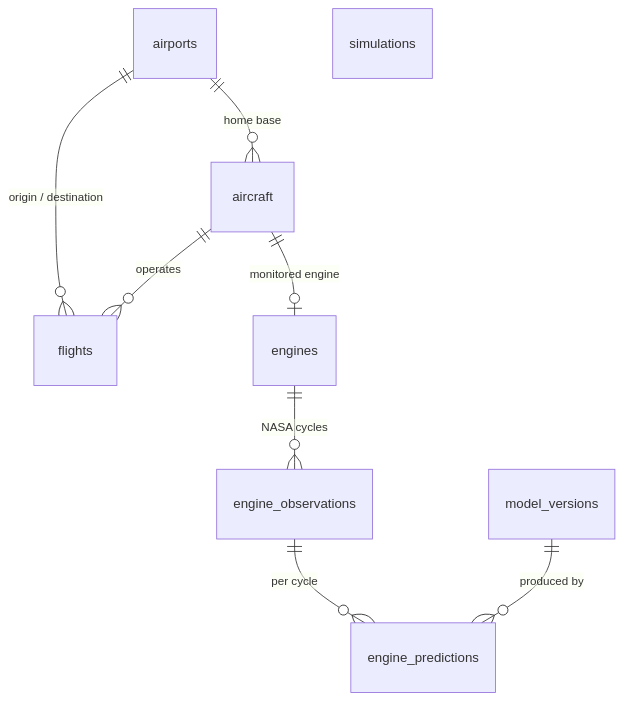
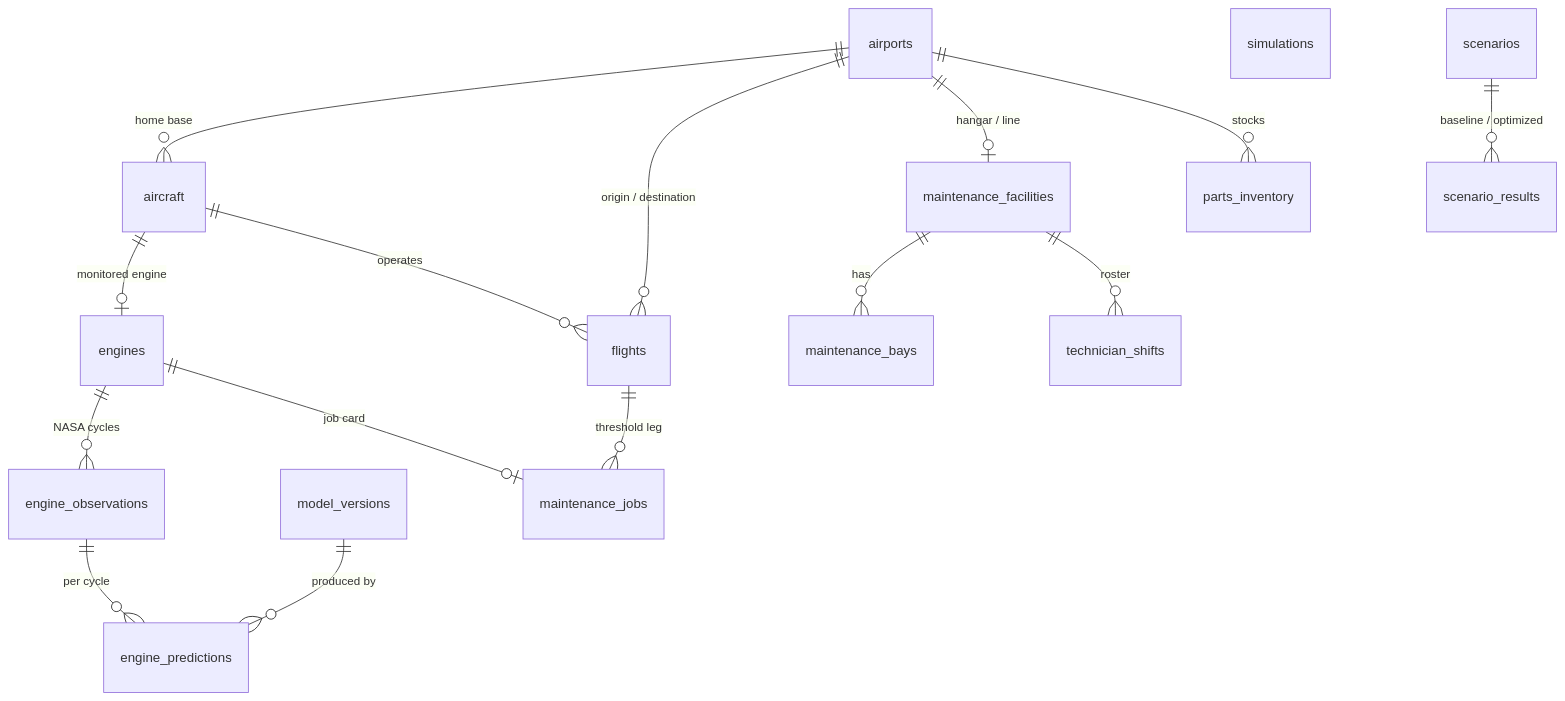
The second of 2 diagrams in docs/architecture.md (SimardeepDhanda/airplane-maintenance-simulator), drawn with Mermaid before and after one commit. The commit also changed other lines of this file and 55 other files, not shown here.

First line of the commit message:
Phase 4: maintenance planner with EDD baseline and CP-SAT optimizer

````diff
--- a/docs/architecture.md
+++ b/docs/architecture.md
@@ -36,11 +36,18 @@
 ```mermaid
 erDiagram
   airports ||--o{ aircraft : "home base"
   airports ||--o{ flights : "origin / destination"
   aircraft ||--o| engines : "monitored engine"
   aircraft ||--o{ flights : operates
   engines ||--o{ engine_observations : "NASA cycles"
   engine_observations ||--o{ engine_predictions : "per cycle"
   model_versions ||--o{ engine_predictions : "produced by"
   simulations
+  airports ||--o| maintenance_facilities : "hangar / line"
+  maintenance_facilities ||--o{ maintenance_bays : has
+  maintenance_facilities ||--o{ technician_shifts : roster
+  airports ||--o{ parts_inventory : stocks
+  engines ||--o| maintenance_jobs : "job card"
+  flights ||--o{ maintenance_jobs : "threshold leg"
+  scenarios ||--o{ scenario_results : "baseline / optimized"
 ```
````
